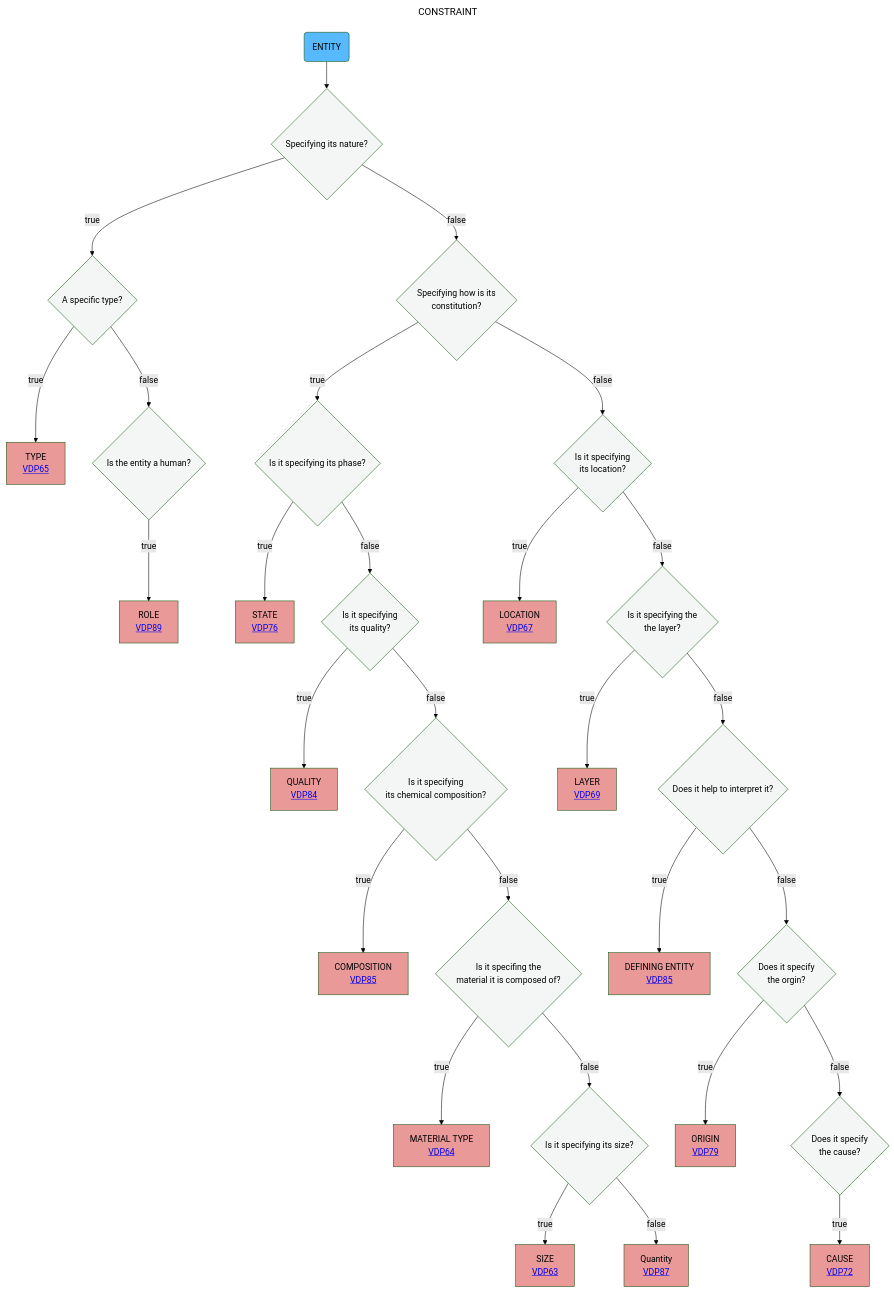
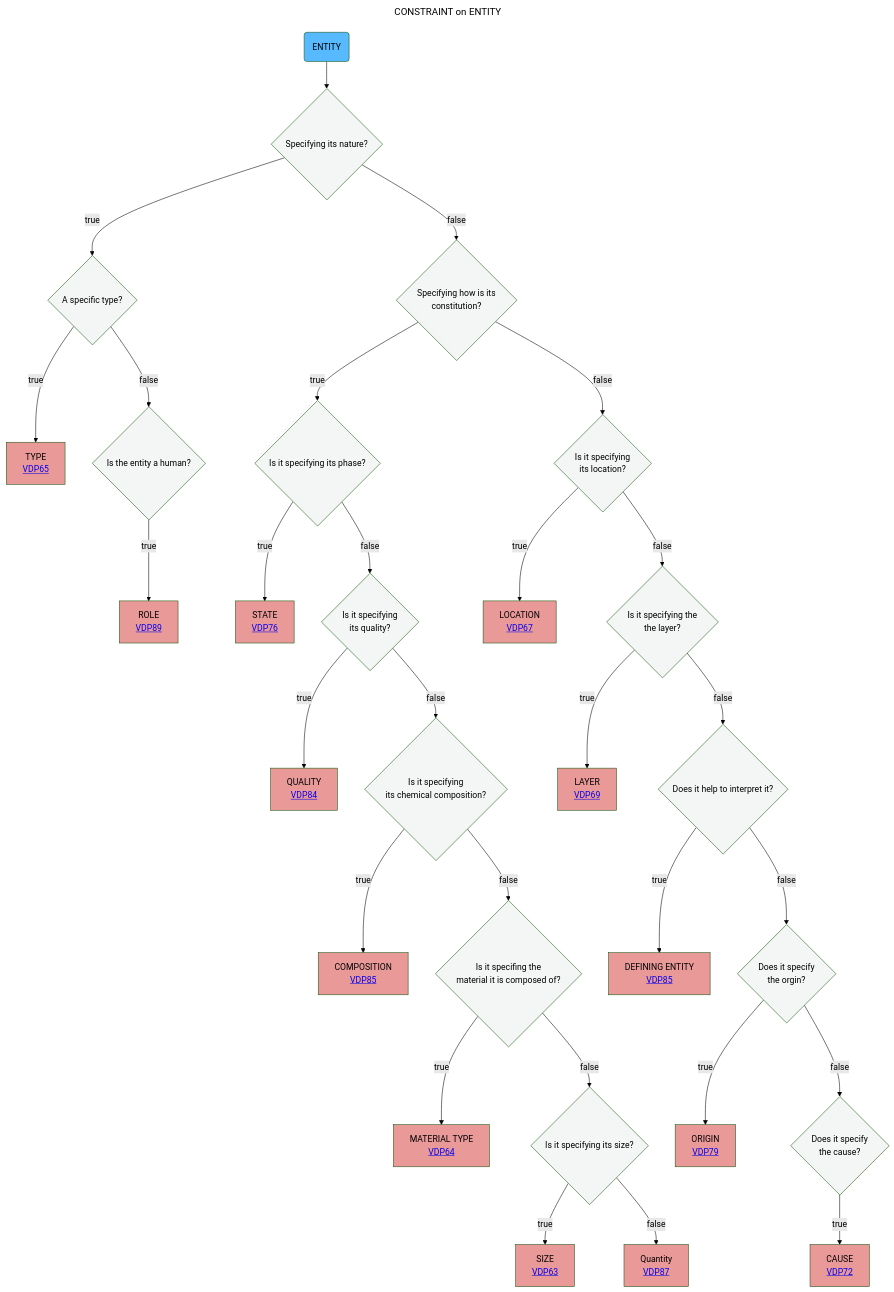
The diagram in Decisition_trees/DT8.mmd (mabablue/I-ADOPT-patterns-playground), drawn with Mermaid (forest theme) before and after one commit.

```diff
--- a/Decisition_trees/DT8.mmd
+++ b/Decisition_trees/DT8.mmd
@@ -1,37 +1,36 @@
 ---
-title: CONSTRAINT
+title: CONSTRAINT on ENTITY
 ---
 flowchart TD
     A(ENTITY):::satblue  --> AB{Specifying its nature?}:::white
     AB --> |true|B{A specific type?}:::white
     AB --> |false|E{Specifying how is its <br> constitution?}:::white
     B --> |true|C[TYPE <br> <a href='https://github.com/mabablue/I-ADOPT-patterns-playground/blob/main/pattern/VDP65.yaml'>VDP65</a>]:::rose
     B --> |false|D{Is the entity a human?}:::white
     D --> |true|F[ROLE <br> <a href='https://github.com/mabablue/I-ADOPT-patterns-playground/blob/main/pattern/VDP89.yaml'>VDP89</a>]:::rose
     E --> |true|G{Is it specifying its phase?}:::white
     E --> |false|R{Is it specifying <br> its location?}:::white
     G --> |true|H[STATE <br> <a href='https://github.com/mabablue/I-ADOPT-patterns-playground/blob/main/pattern/VDP76.yaml'>VDP76</a>]:::rose
     G --> |false|I{Is it specifying <br> its quality?}:::white
     I --> |true|K[QUALITY <br> <a href='https://github.com/mabablue/I-ADOPT-patterns-playground/blob/main/pattern/VDP84.yaml'>VDP84</a>]:::rose
     I --> |false|L{Is it specifying <br> its chemical composition?}:::white
     L --> |true|M[COMPOSITION <br> <a href='https://github.com/mabablue/I-ADOPT-patterns-playground/blob/main/pattern/VDP85.yaml'>VDP85</a>]:::rose
     L --> |false|N{Is it specifing the <br> material it is composed of?}:::white
     N --> |true|O[MATERIAL TYPE <br> <a href='https://github.com/mabablue/I-ADOPT-patterns-playground/blob/main/pattern/VDP64.yaml'>VDP64</a>]:::rose
     N --> |false|P{Is it specifying its size?}:::white
     P --> |true|Q[SIZE <br> <a href='https://github.com/mabablue/I-ADOPT-patterns-playground/blob/main/pattern/VDP63.yaml'>VDP63</a>]:::rose
     P --> |false|QR[Quantity <br> <a href='https://github.com/mabablue/I-ADOPT-patterns-playground/blob/main/pattern/VDP87.yaml'>VDP87</a>]:::rose 
     R --> |true|S[LOCATION <br> <a href='https://github.com/mabablue/I-ADOPT-patterns-playground/blob/main/pattern/VDP67.yaml'>VDP67</a>]:::rose 
     R --> |false|T{Is it specifying the <br> the layer?}:::white
     T --> |true|U[LAYER <br> <a href='https://github.com/mabablue/I-ADOPT-patterns-playground/blob/main/pattern/VDP69.yaml'>VDP69</a>]:::rose
     T --> |false|V{Does it help to interpret it?}:::white
     V --> |true|W[DEFINING ENTITY <br> <a href='https://github.com/mabablue/I-ADOPT-patterns-playground/blob/main/pattern/VDP85.yaml'>VDP85</a>]:::rose
     V --> |false|VW{Does it specify <br> the orgin?}:::white
     VW --> |true|WV[ORIGIN <br> <a href='https://github.com/mabablue/I-ADOPT-patterns-playground/blob/main/pattern/VDP79.yaml'>VDP79</a>]:::rose
     VW --> |false|X{Does it specify <br> the cause?}:::white
     X --> |true|Y[CAUSE <br> <a href='https://github.com/mabablue/I-ADOPT-patterns-playground/blob/main/pattern/VDP72.yaml'>VDP72</a>]:::rose
-   
    classDef blue fill:#90D5FF
    classDef satblue fill:#57B9FF 
    classDef white fill:#f3f6f4
    classDef green fill:#6aa84f
    classDef rose fill:#ea9999
```
